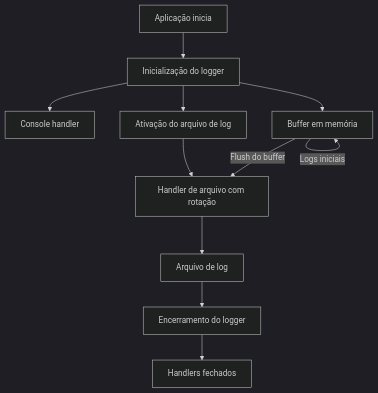
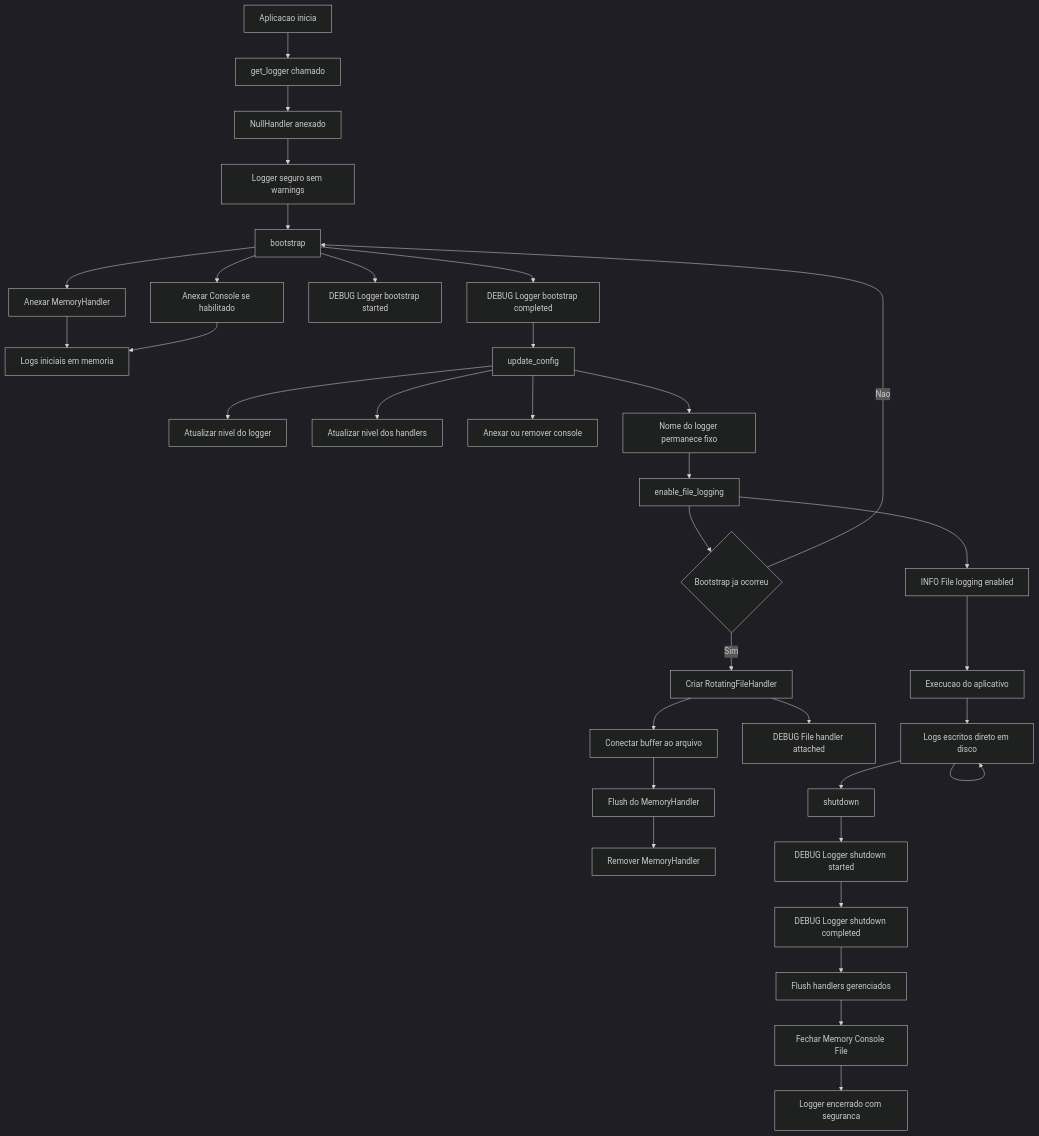
Before and after one commit to Fonze81/NiceGui-App-Template: the diagram in docs/logger.md, drawn with Mermaid (dark theme). The commit also changed other lines of this file, not shown here.

First line of the commit message:
docs(logger): update Mermaid diagram and align docs with latest logger revision

````diff
--- a/docs/logger.md
+++ b/docs/logger.md
@@ -94,13 +112,48 @@
 ```mermaid
 flowchart TD
-    A[Aplicação inicia] --> B[Inicialização do logger]
-    B --> C[Console handler]
-    B --> D[Buffer em memória]
-    D -->|Logs iniciais| D
-    B --> E[Ativação do arquivo de log]
-    E --> F[Handler de arquivo com rotação]
-    D -->|Flush do buffer| F
-    F --> G[Arquivo de log]
-    G --> H[Encerramento do logger]
-    H --> I[Handlers fechados]
+
+    %% Inicializacao da aplicacao
+    A[Aplicacao inicia] --> B[get_logger chamado]
+    B --> C[NullHandler anexado]
+    C --> D[Logger seguro sem warnings]
+
+    %% Bootstrap
+    D --> E[bootstrap]
+    E --> F[Anexar MemoryHandler]
+    E --> G[Anexar Console se habilitado]
+    F --> H[Logs iniciais em memoria]
+    G --> H
+    E --> I[DEBUG Logger bootstrap started]
+    E --> J[DEBUG Logger bootstrap completed]
+
+    %% Reconfiguracao apos settings
+    J --> K[update_config]
+    K --> L[Atualizar nivel do logger]
+    K --> M[Atualizar nivel dos handlers]
+    K --> N[Anexar ou remover console]
+    K --> O[Nome do logger permanece fixo]
+
+    %% Ativacao do arquivo de log
+    O --> P[enable_file_logging]
+    P --> Q{Bootstrap ja ocorreu}
+    Q -- Nao --> E
+    Q -- Sim --> R[Criar RotatingFileHandler]
+    R --> S[Conectar buffer ao arquivo]
+    S --> T[Flush do MemoryHandler]
+    T --> U[Remover MemoryHandler]
+    R --> V[DEBUG File handler attached]
+    P --> W[INFO File logging enabled]
+
+    %% Execucao normal
+    W --> X[Execucao do aplicativo]
+    X --> Y[Logs escritos direto em disco]
+    Y --> Y
+
+    %% Shutdown
+    Y --> Z[shutdown]
+    Z --> Z1[DEBUG Logger shutdown started]
+    Z1 --> Z2[DEBUG Logger shutdown completed]
+    Z2 --> Z3[Flush handlers gerenciados]
+    Z3 --> Z4[Fechar Memory Console File]
+    Z4 --> Z5[Logger encerrado com seguranca]
 ```
````
